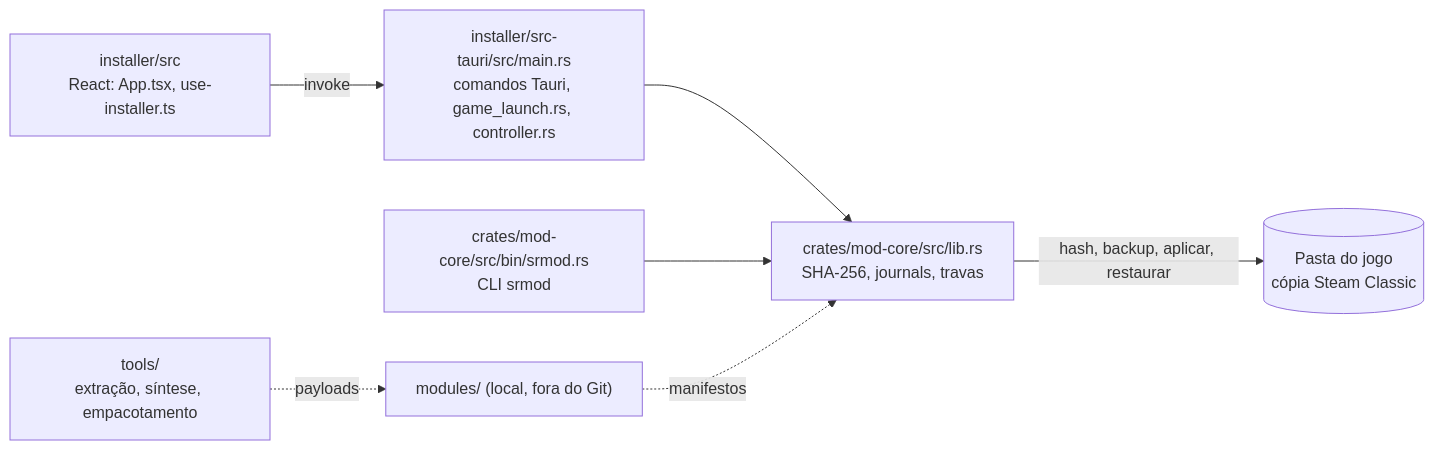
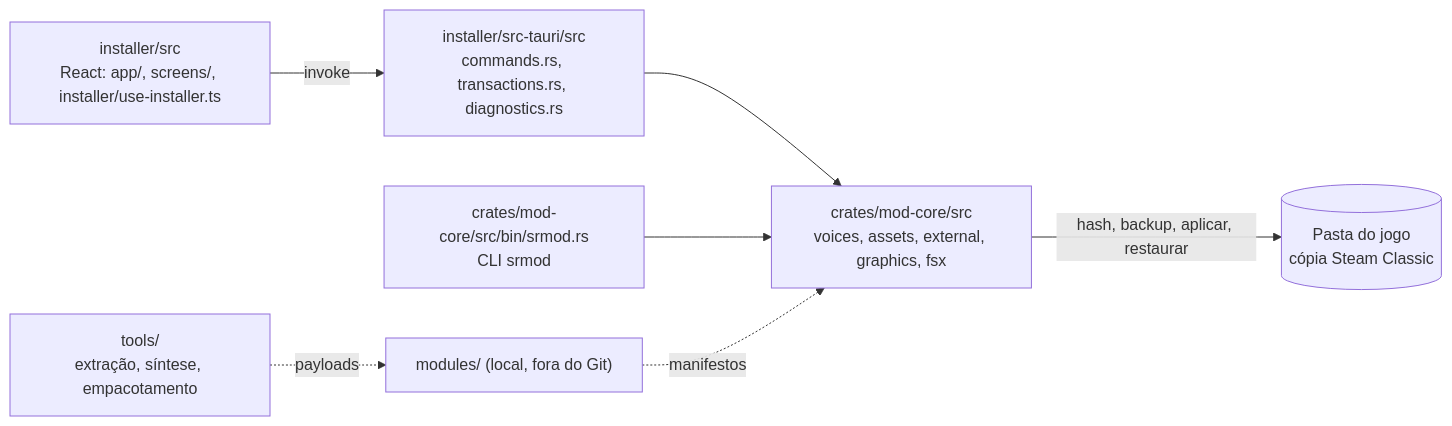
One commit to juninmd/soul-reaver-ptbr-mod changed the diagram in README.md. Above: the diagram before and after it, drawn with Mermaid. The commit also changed 83 other files, not shown here.

First line of the commit message:
Revisão de arquitetura: core modular e ~2× mais rápido, backend Tauri dividido e interface refinada (#42)

````diff
--- a/README.md
+++ b/README.md
@@ -181,9 +181,9 @@
 ```mermaid
 flowchart LR
-    UI["installer/src<br/>React: App.tsx, use-installer.ts"] -->|invoke| TAURI["installer/src-tauri/src/main.rs<br/>comandos Tauri, game_launch.rs, controller.rs"]
-    TAURI --> CORE["crates/mod-core/src/lib.rs<br/>SHA-256, journals, travas"]
+    UI["installer/src<br/>React: app/, screens/, installer/use-installer.ts"] -->|invoke| TAURI["installer/src-tauri/src<br/>commands.rs, transactions.rs, diagnostics.rs"]
+    TAURI --> CORE["crates/mod-core/src<br/>voices, assets, external, graphics, fsx"]
     CLI["crates/mod-core/src/bin/srmod.rs<br/>CLI srmod"] --> CORE
     CORE -->|"hash, backup, aplicar, restaurar"| GAME[("Pasta do jogo<br/>cópia Steam Classic")]
     TOOLS["tools/<br/>extração, síntese, empacotamento"] -.->|"payloads"| MODS["modules/ (local, fora do Git)"]
     MODS -.->|"manifestos"| CORE
 ```
````
